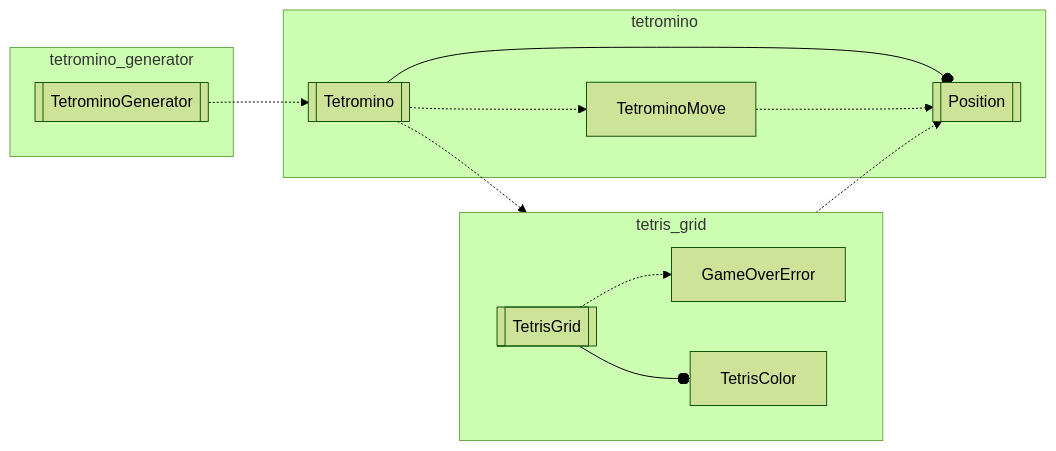
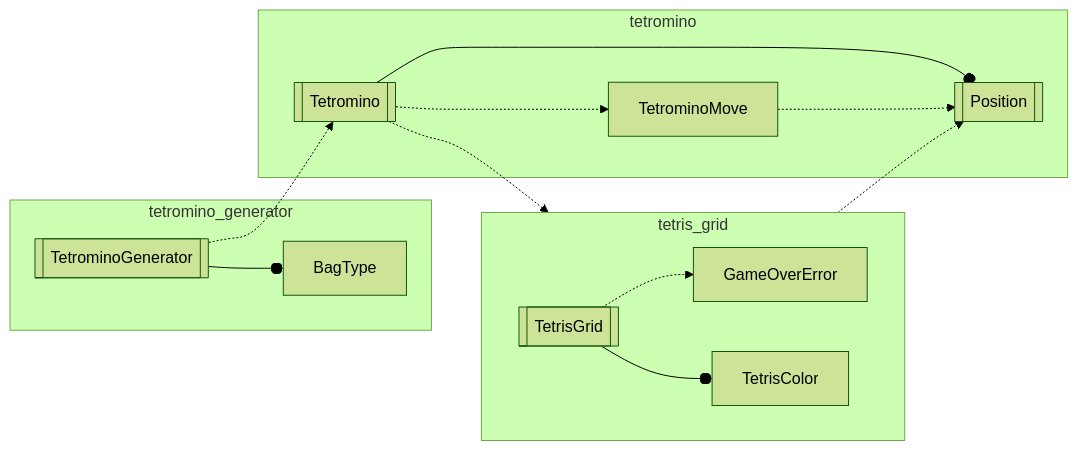
One commit to inesvar/tetris changed the diagram in tetris_core/src/tetris_core.mmd. Above: the diagram before and after it, drawn with Mermaid (forest theme). The commit also changed 3 other files, not shown here.

Commit message:
Update doc for TetrominoGenerator

```diff
--- a/tetris_core/src/tetris_core.mmd
+++ b/tetris_core/src/tetris_core.mmd
@@ -1,30 +1,31 @@
 graph LR
     %% objects
     TetrominoMove[TetrominoMove]
     TetrisGrid[[TetrisGrid]]
     GameOverError[GameOverError]
     Tetromino[[Tetromino]]
     Position[[Position]]
     TetrisColor[TetrisColor]
     TetrominoGenerator[[TetrominoGenerator]]
+    BagType[BagType]
 
     subgraph tetromino_generator
-        TetrominoGenerator
+        TetrominoGenerator --o BagType
     end
     TetrominoGenerator
     TetrominoGenerator -.-> Tetromino
 
     subgraph tetromino
         Tetromino --o Position
         TetrominoMove -.-> Position
         Tetromino -.-> TetrominoMove
     end
 
     subgraph tetris_grid
         direction LR
         TetrisGrid -.-> GameOverError
         TetrisGrid --o TetrisColor
     end
 
     Tetromino -.-> tetris_grid
     TetrisGrid -.-> Position
```
